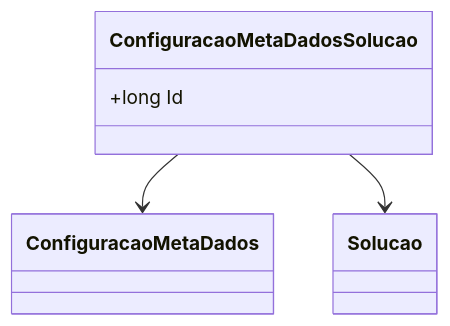
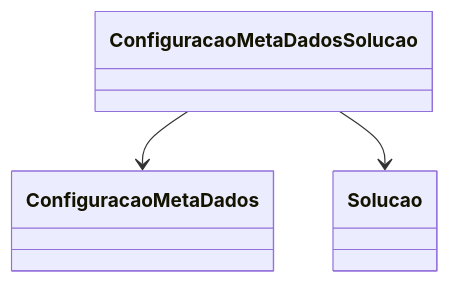
The diagram in docs/b2b-dominio/IsthmusWinthor.Nucleo/IsthmusWinthor.Dominio/Entidades/ConfiguracaoMetaDadosSolucao.md (IsthmusSistemas/documentacao-tecnica), drawn with Mermaid before and after one commit. The commit also changed other lines of this file and 882 other files, not shown here.

````diff
--- a/docs/b2b-dominio/IsthmusWinthor.Nucleo/IsthmusWinthor.Dominio/Entidades/ConfiguracaoMetaDadosSolucao.md
+++ b/docs/b2b-dominio/IsthmusWinthor.Nucleo/IsthmusWinthor.Dominio/Entidades/ConfiguracaoMetaDadosSolucao.md
@@ -23,15 +25,5 @@
 ```mermaid
 classDiagram
-    class ConfiguracaoMetaDadosSolucao {
-        +long Id
-    }
-    
-    class ConfiguracaoMetaDados {
-    }
-
-    class Solucao {
-    }
-
     ConfiguracaoMetaDadosSolucao --> ConfiguracaoMetaDados
     ConfiguracaoMetaDadosSolucao --> Solucao
 ```
````
